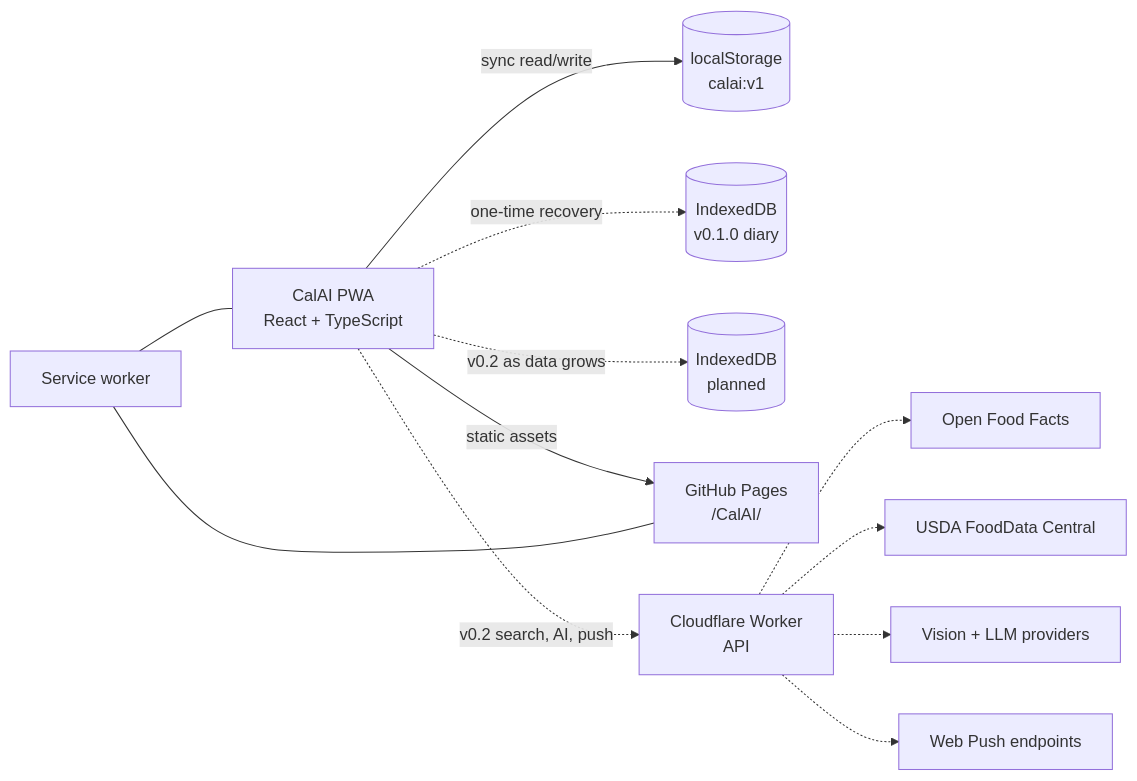
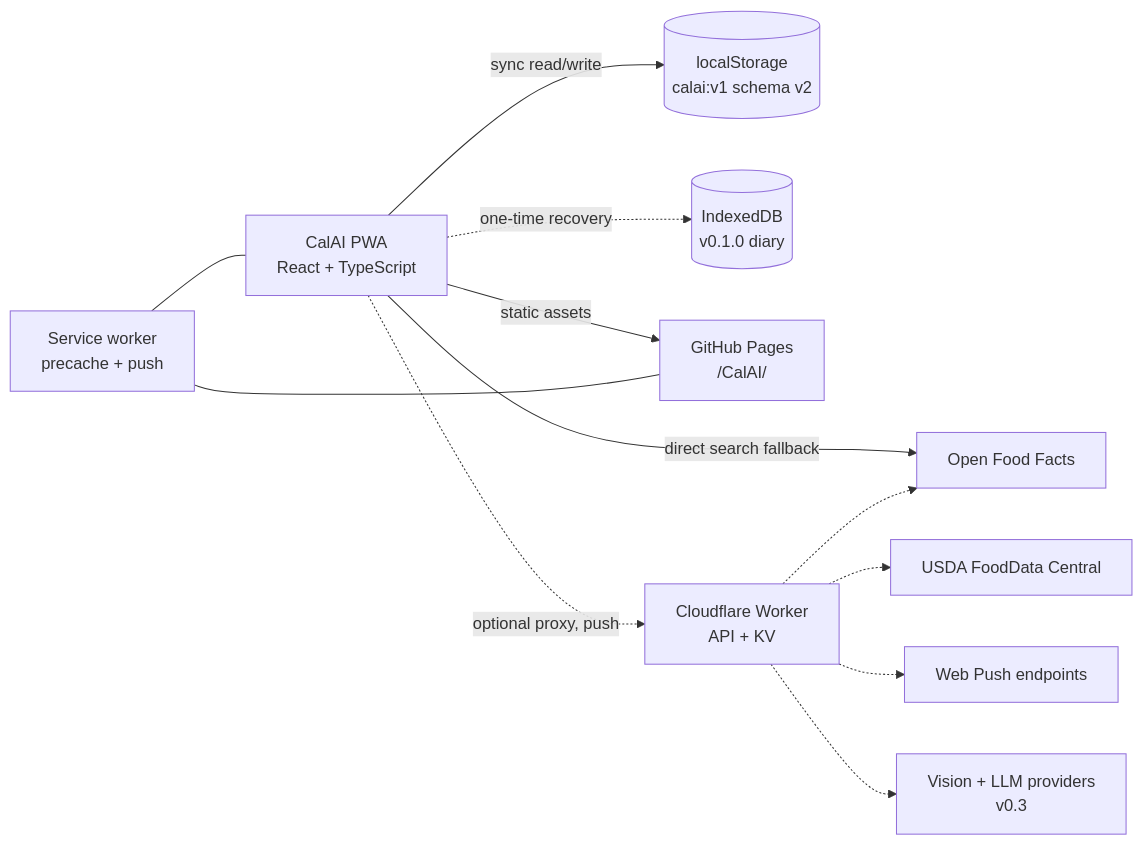
One commit to BrailleGov/CalAI changed the diagram in docs/architecture.md. Above: the diagram before and after it, drawn with Mermaid. The commit also changed other lines of this file and 50 other files, not shown here.

````diff
--- a/docs/architecture.md
+++ b/docs/architecture.md
@@ -10,14 +9,14 @@
 ```mermaid
 flowchart LR
-  PWA["CalAI PWA<br/>React + TypeScript"] -->|sync read/write| LS[("localStorage<br/>calai:v1")]
+  PWA["CalAI PWA<br/>React + TypeScript"] -->|sync read/write| LS[("localStorage<br/>calai:v1 schema v2")]
   PWA -.->|one-time recovery| LegacyIDB[("IndexedDB<br/>v0.1.0 diary")]
-  PWA -.->|v0.2 as data grows| IDB[("IndexedDB<br/>planned")]
   PWA -->|static assets| Pages["GitHub Pages<br/>/CalAI/"]
-  PWA -.->|v0.2 search, AI, push| Worker["Cloudflare Worker<br/>API"]
-  Worker -.-> OFF["Open Food Facts"]
+  PWA -->|direct search fallback| OFF["Open Food Facts"]
+  PWA -.->|optional proxy, push| Worker["Cloudflare Worker<br/>API + KV"]
+  Worker -.-> OFF
   Worker -.-> USDA["USDA FoodData Central"]
-  Worker -.-> LLM["Vision + LLM providers"]
   Worker -.-> Push["Web Push endpoints"]
-  SW["Service worker"] --- PWA
+  Worker -.-> LLM["Vision + LLM providers<br/>v0.3"]
+  SW["Service worker<br/>precache + push"] --- PWA
   SW --- Pages
 ```
````
